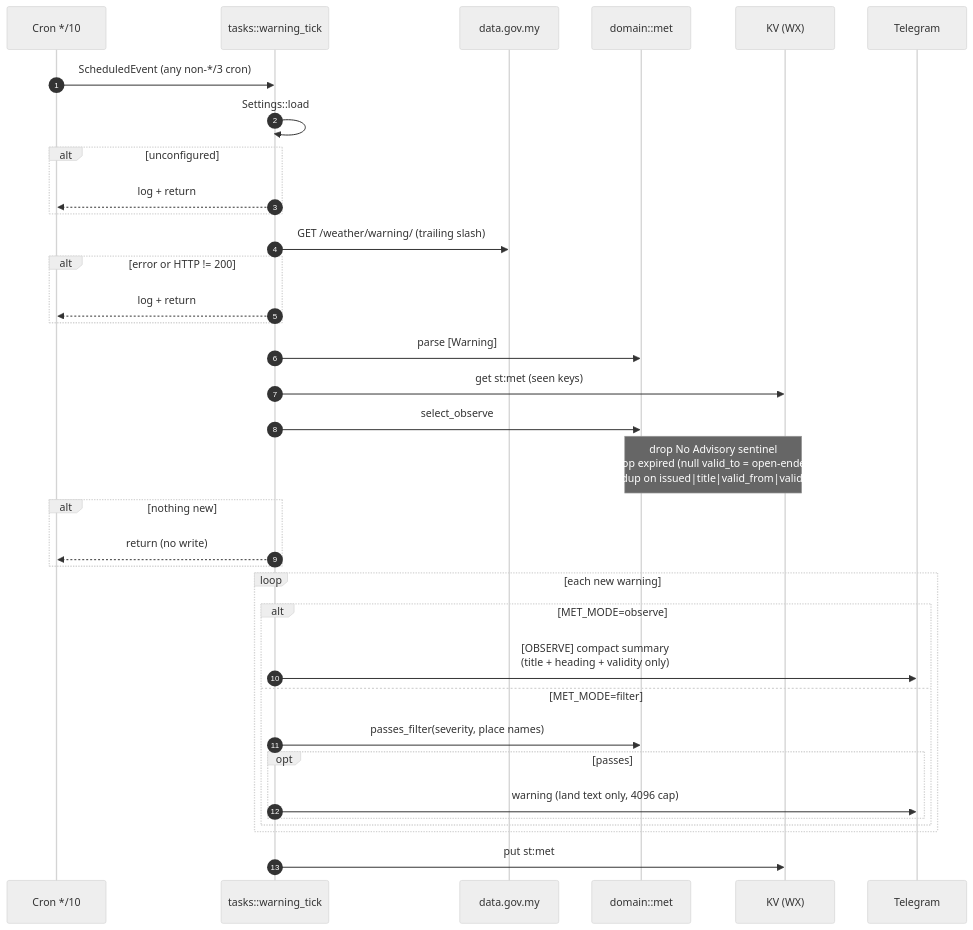
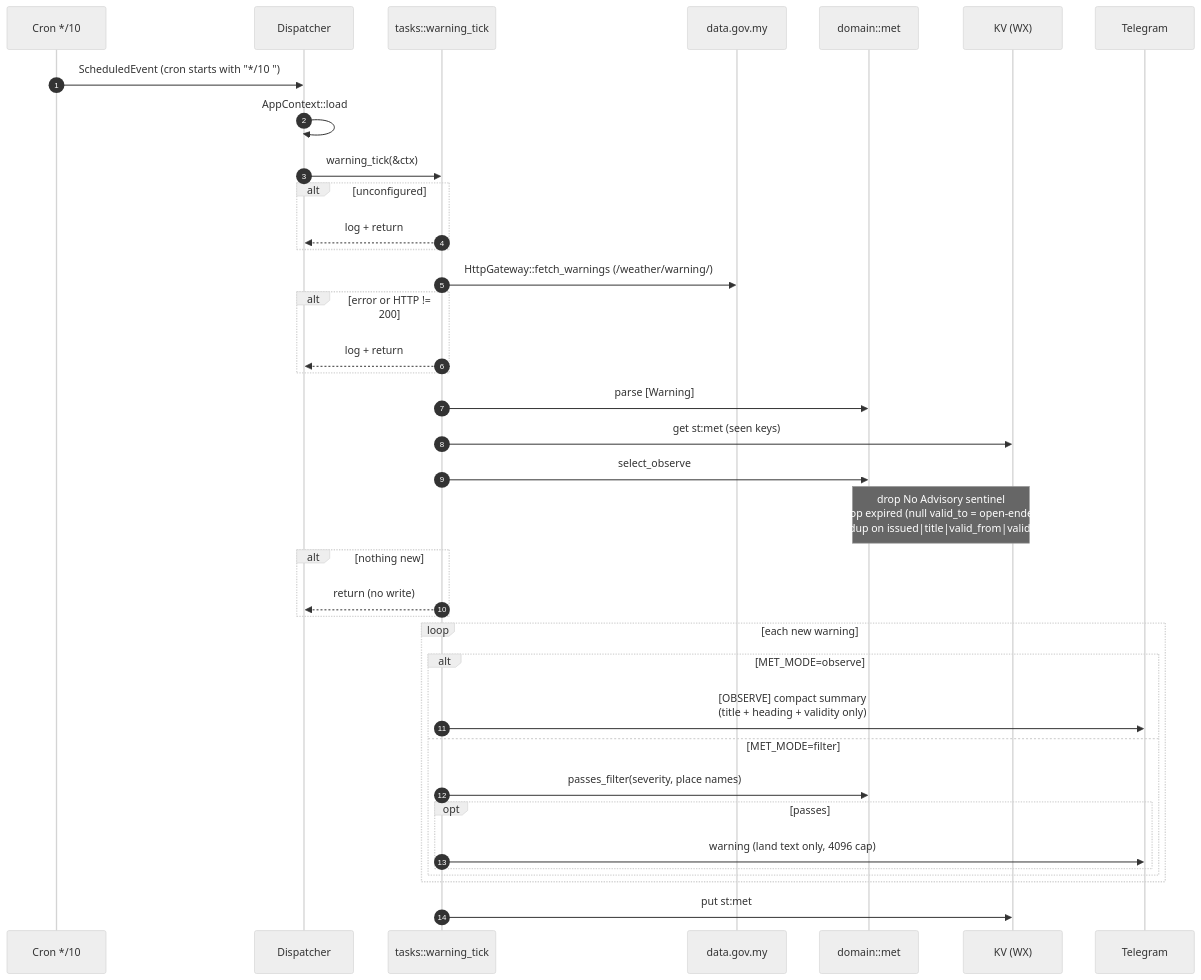
One commit to henius98/WeatherAlert changed the third of 6 diagrams in FLOW.md. Above: the diagram before and after it, drawn with Mermaid (neutral theme). The commit also changed other lines of this file and 11 other files, not shown here.

````diff
--- a/FLOW.md
+++ b/FLOW.md
@@ -161,42 +163,44 @@
 ```mermaid
 sequenceDiagram
     autonumber
     participant C as Cron */10
+    participant W as Dispatcher
     participant T as tasks::warning_tick
     participant MET as data.gov.my
     participant D as domain::met
     participant KV as KV (WX)
     participant TG as Telegram
 
-    C->>T: ScheduledEvent (any non-*/3 cron)
-    T->>T: Settings::load
+    C->>W: ScheduledEvent (cron starts with "*/10 ")
+    W->>W: AppContext::load
+    W->>T: warning_tick(&ctx)
     alt unconfigured
-        T-->>C: log + return
+        T-->>W: log + return
     end
 
-    T->>MET: GET /weather/warning/ (trailing slash)
+    T->>MET: HttpGateway::fetch_warnings (/weather/warning/)
     alt error or HTTP != 200
-        T-->>C: log + return
+        T-->>W: log + return
     end
     T->>D: parse [Warning]
     T->>KV: get st:met (seen keys)
 
     T->>D: select_observe
     Note over D,KV: drop No Advisory sentinel<br/>drop expired (null valid_to = open-ended)<br/>dedup on issued|title|valid_from|valid_to
 
     alt nothing new
-        T-->>C: return (no write)
+        T-->>W: return (no write)
     end
 
     loop each new warning
         alt MET_MODE=observe
             T->>TG: [OBSERVE] compact summary<br/>(title + heading + validity only)
         else MET_MODE=filter
             T->>D: passes_filter(severity, place names)
             opt passes
                 T->>TG: warning (land text only, 4096 cap)
             end
         end
     end
     T->>KV: put st:met
 ```
````
